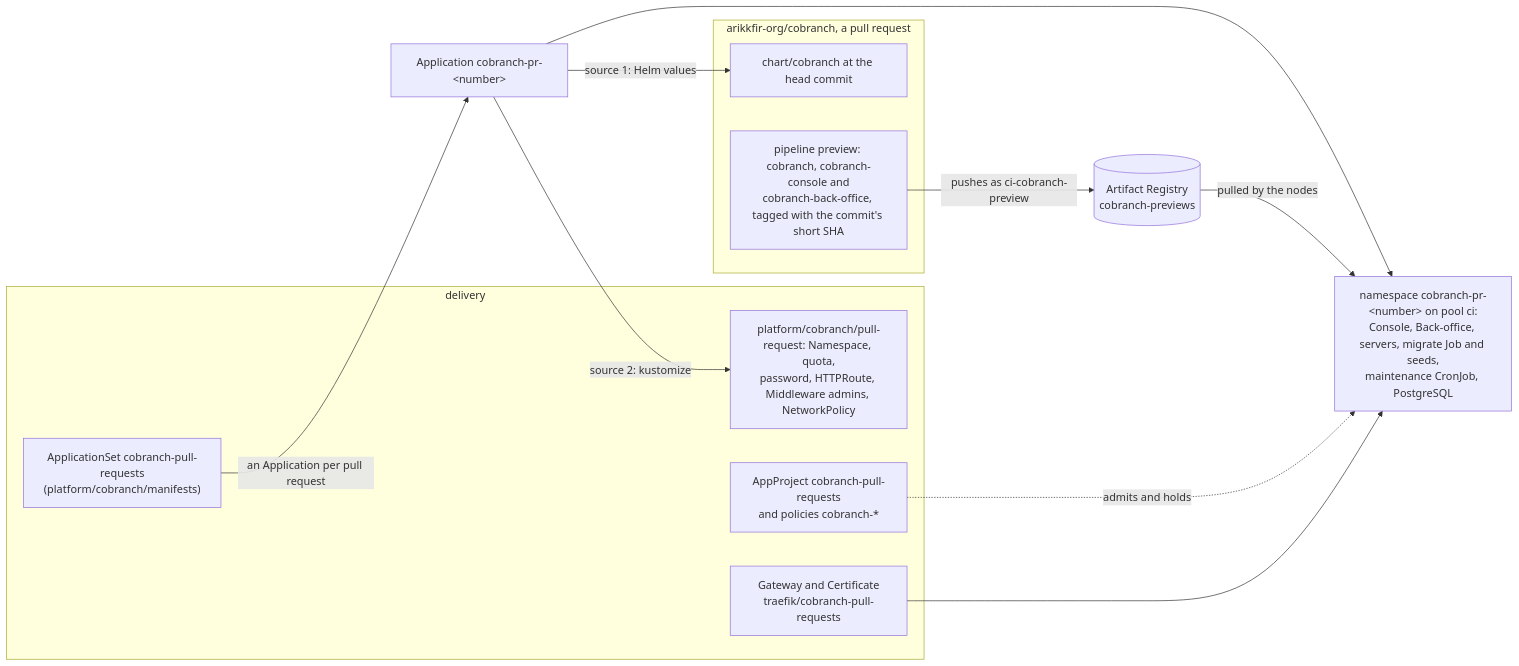
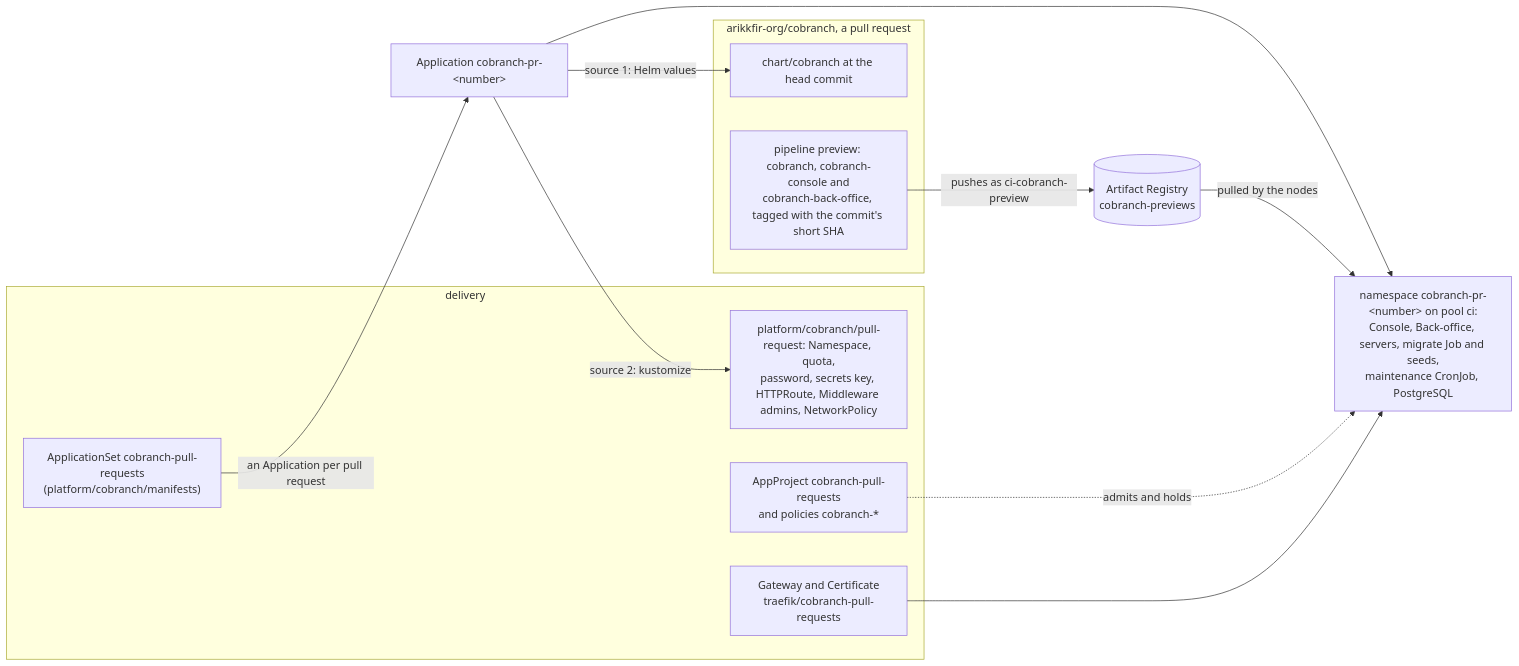
Before and after one commit to arikkfir-org/delivery: the first of 4 diagrams in docs/delivery/designs/cobranch-previews.md, drawn with Mermaid. The commit also changed other lines of this file and 10 other files, not shown here.

First line of the commit message:
feat(cobranch): give the demo and previews a secrets key

````diff
--- a/docs/delivery/designs/cobranch-previews.md
+++ b/docs/delivery/designs/cobranch-previews.md
@@ -11,21 +11,21 @@
 ```mermaid
 flowchart LR
   subgraph cobranchrepo["arikkfir-org/cobranch, a pull request"]
     Chart["chart/cobranch at the head commit"]
     Preview["pipeline preview: cobranch, cobranch-console and<br/>cobranch-back-office, tagged with the commit's short SHA"]
   end
   subgraph delivery["delivery"]
     Set["ApplicationSet cobranch-pull-requests<br/>(platform/cobranch/manifests)"]
-    Extras["platform/cobranch/pull-request: Namespace, quota,<br/>password, HTTPRoute, Middleware admins, NetworkPolicy"]
+    Extras["platform/cobranch/pull-request: Namespace, quota,<br/>password, secrets key, HTTPRoute, Middleware admins, NetworkPolicy"]
     Project["AppProject cobranch-pull-requests<br/>and policies cobranch-*"]
     GW["Gateway and Certificate<br/>traefik/cobranch-pull-requests"]
   end
   Preview -- "pushes as ci-cobranch-preview" --> Reg[("Artifact Registry<br/>cobranch-previews")]
   Set -- "an Application per pull request" --> App["Application cobranch-pr-&lt;number&gt;"]
   App -- "source 1: Helm values" --> Chart
   App -- "source 2: kustomize" --> Extras
   App --> NS["namespace cobranch-pr-&lt;number&gt; on pool ci:<br/>Console, Back-office, servers, migrate Job and seeds,<br/>maintenance CronJob, PostgreSQL"]
   Reg -- "pulled by the nodes" --> NS
   Project -. "admits and holds" .-> NS
   GW --> NS
 ```
````
